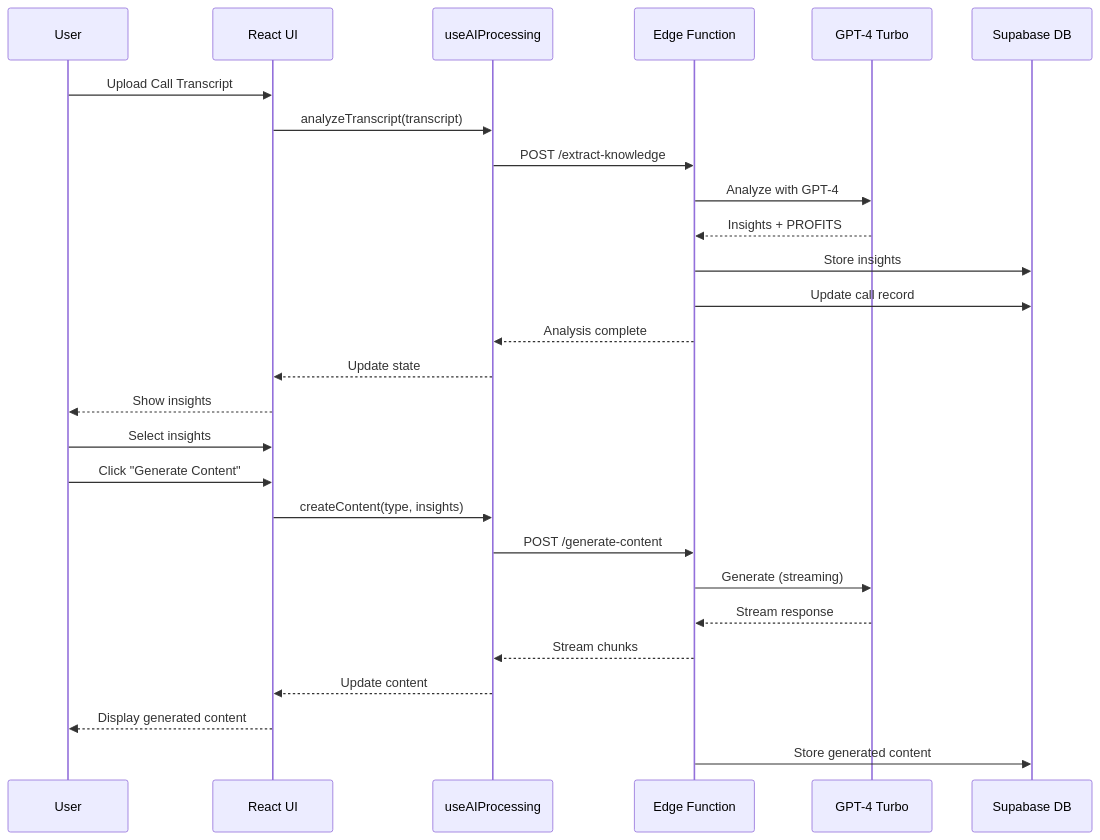
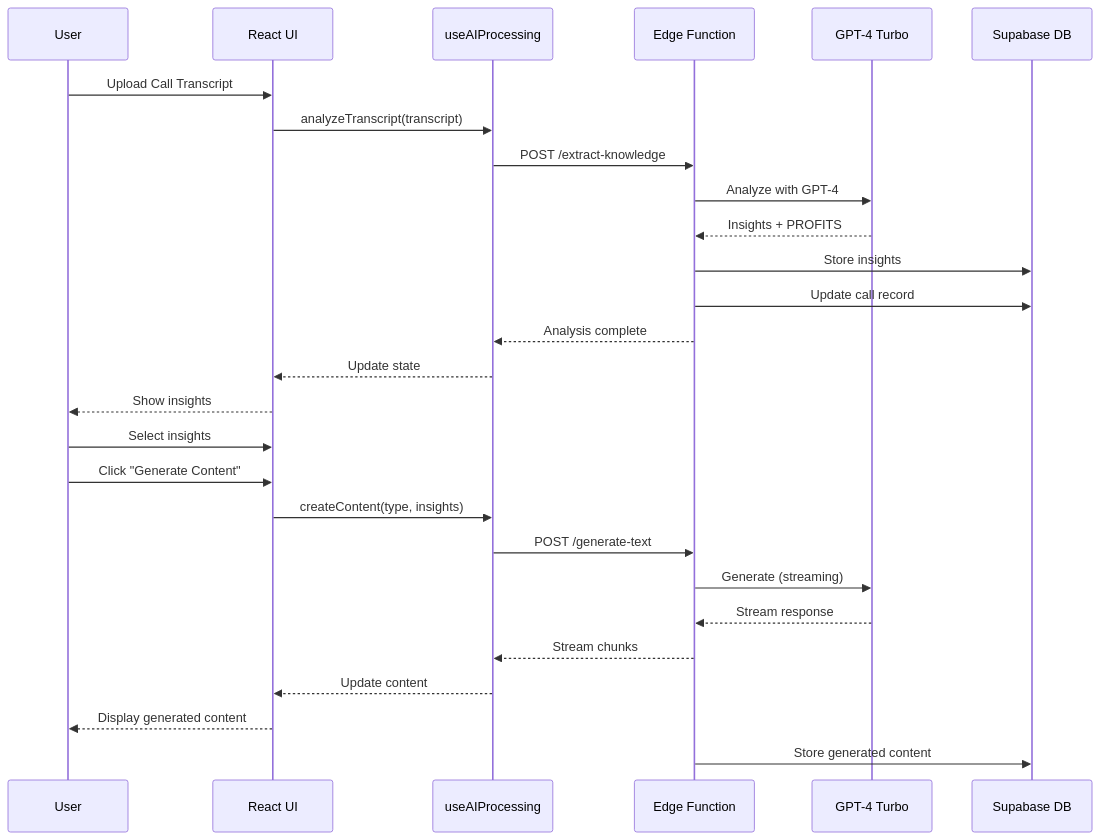
The diagram in docs/architecture/data-flow.mmd (Vibe-Marketer/brain), drawn with Mermaid before and after one commit. The commit also changed 3 other files, not shown here.

Commit message:
docs: update architecture diagrams + feature registry + supabase CLAUDE for generate-text swap

```diff
--- a/docs/architecture/data-flow.mmd
+++ b/docs/architecture/data-flow.mmd
@@ -1,29 +1,29 @@
 sequenceDiagram
     participant User
     participant UI as React UI
     participant Hook as useAIProcessing
     participant Edge as Edge Function
     participant OpenAI as GPT-4 Turbo
     participant DB as Supabase DB
     
     User->>UI: Upload Call Transcript
     UI->>Hook: analyzeTranscript(transcript)
     Hook->>Edge: POST /extract-knowledge
     Edge->>OpenAI: Analyze with GPT-4
     OpenAI-->>Edge: Insights + PROFITS
     Edge->>DB: Store insights
     Edge->>DB: Update call record
     Edge-->>Hook: Analysis complete
     Hook-->>UI: Update state
     UI-->>User: Show insights
     
     User->>UI: Select insights
     User->>UI: Click "Generate Content"
     UI->>Hook: createContent(type, insights)
-    Hook->>Edge: POST /generate-content
+    Hook->>Edge: POST /generate-text
     Edge->>OpenAI: Generate (streaming)
     OpenAI-->>Edge: Stream response
     Edge-->>Hook: Stream chunks
     Hook-->>UI: Update content
     UI-->>User: Display generated content
     Edge->>DB: Store generated content
```
